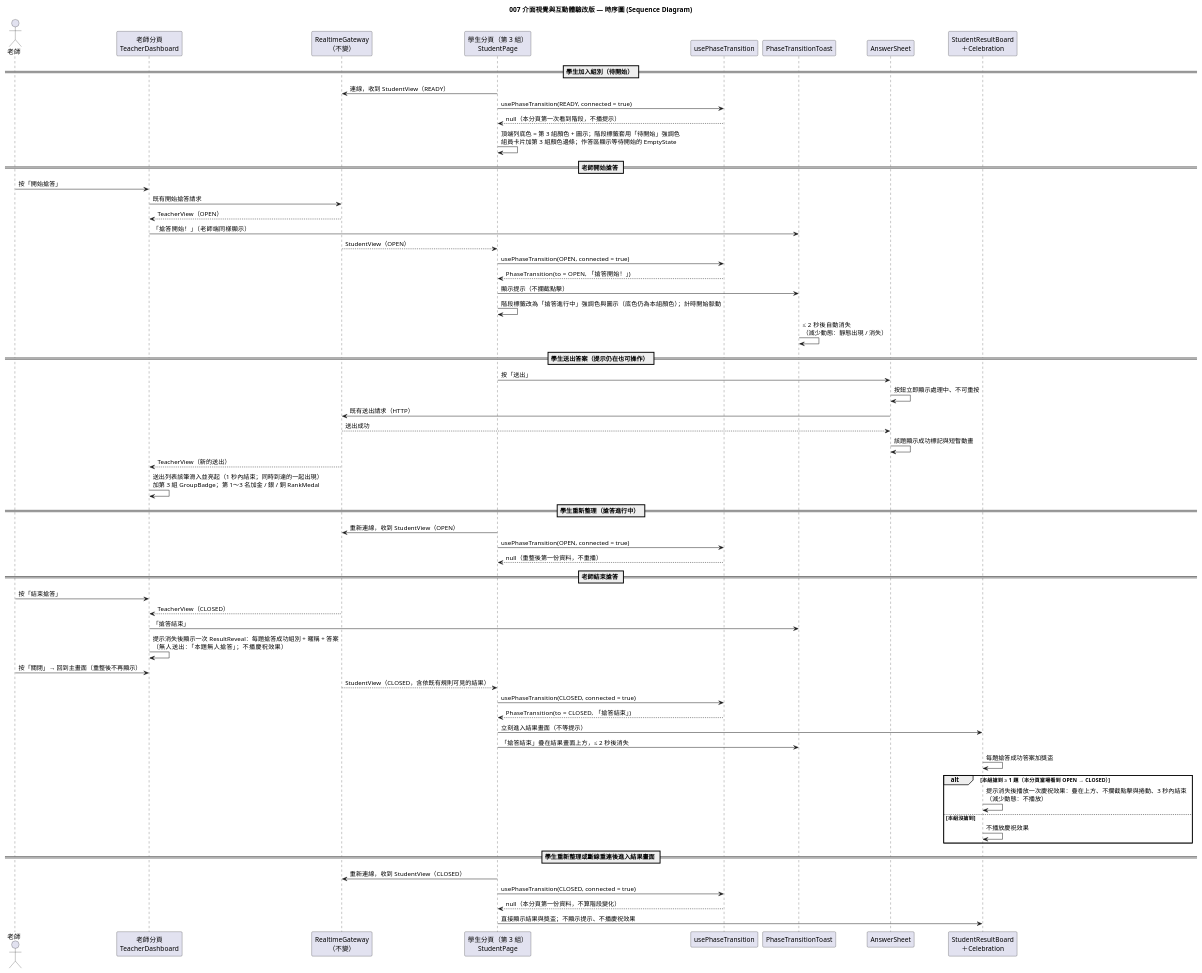
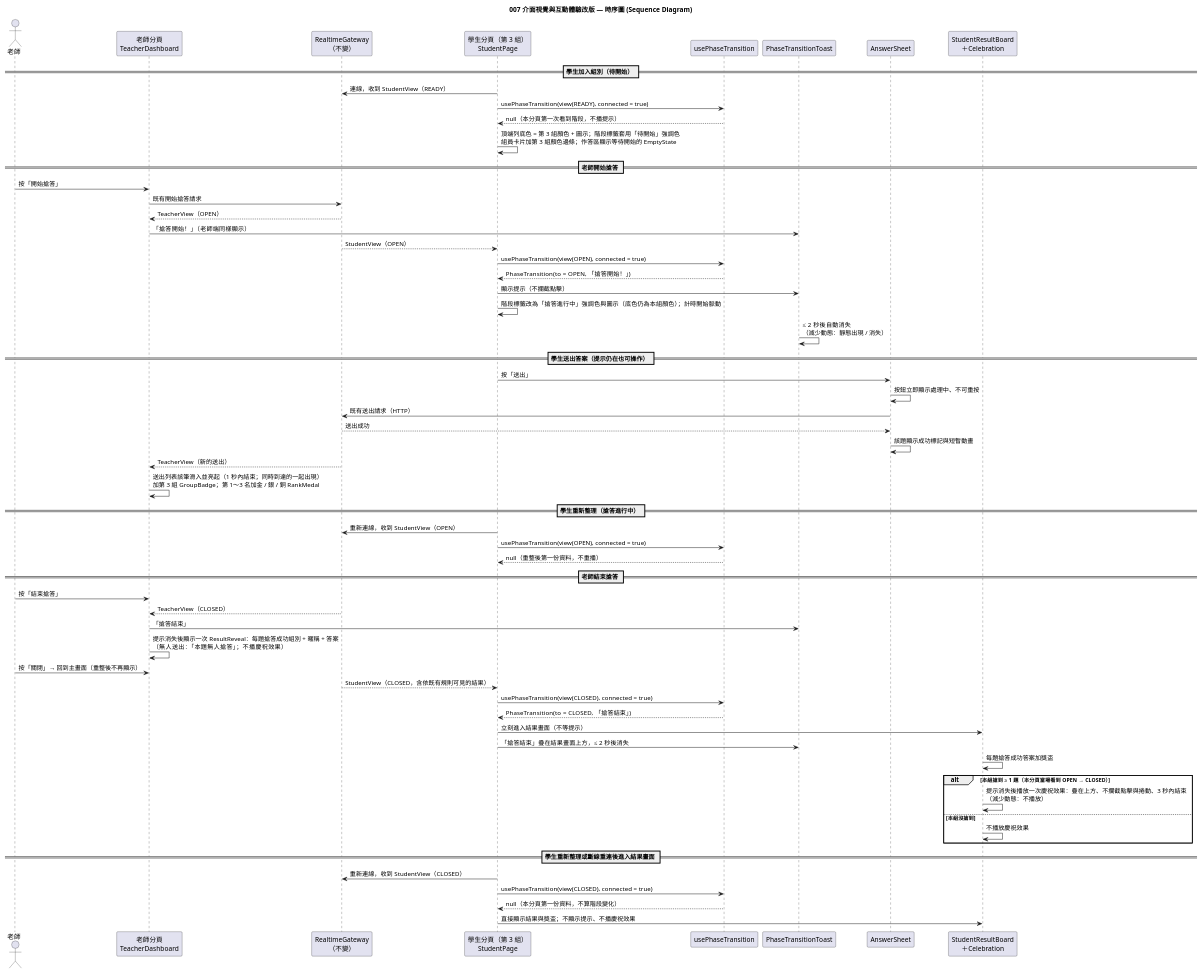
Before and after one commit to kevin20694569/classroom_response_system: the diagram in diagrams/007-ui-ux-refresh-sequence.puml, drawn with PlantUML. The commit also changed 30 other files, not shown here.

```diff
--- a/diagrams/007-ui-ux-refresh-sequence.puml
+++ b/diagrams/007-ui-ux-refresh-sequence.puml
@@ -1,70 +1,70 @@
 @startuml 007-ui-ux-refresh-sequence
 ' 子功能 007：介面視覺與互動體驗改版 — 時序圖（伺服器推播與 001～006 相同，只有前端呈現改變）
 skinparam defaultFontName "PingFang TC"
 title 007 介面視覺與互動體驗改版 — 時序圖 (Sequence Diagram)
 
 actor "老師" as T
 participant "老師分頁\nTeacherDashboard" as TD
 participant "RealtimeGateway\n（不變）" as RT
 participant "學生分頁（第 3 組）\nStudentPage" as SP
 participant "usePhaseTransition" as PH
 participant "PhaseTransitionToast" as Toast
 participant "AnswerSheet" as AS
 participant "StudentResultBoard\n＋Celebration" as RB
 
 == 學生加入組別（待開始） ==
 SP -> RT : 連線，收到 StudentView（READY）
-SP -> PH : usePhaseTransition(READY, connected = true)
+SP -> PH : usePhaseTransition(view(READY), connected = true)
 PH --> SP : null（本分頁第一次看到階段，不播提示）
 SP -> SP : 頂端列底色 = 第 3 組顏色 + 圖示；階段標籤套用「待開始」強調色\n組員卡片加第 3 組顏色邊條；作答區顯示等待開始的 EmptyState
 
 == 老師開始搶答 ==
 T -> TD : 按「開始搶答」
 TD -> RT : 既有開始搶答請求
 RT --> TD : TeacherView（OPEN）
 TD -> Toast : 「搶答開始！」（老師端同樣顯示）
 RT --> SP : StudentView（OPEN）
-SP -> PH : usePhaseTransition(OPEN, connected = true)
+SP -> PH : usePhaseTransition(view(OPEN), connected = true)
 PH --> SP : PhaseTransition(to = OPEN, 「搶答開始！」)
 SP -> Toast : 顯示提示（不攔截點擊）
 SP -> SP : 階段標籤改為「搶答進行中」強調色與圖示（底色仍為本組顏色）；計時開始脈動
 Toast -> Toast : ≤ 2 秒後自動消失\n（減少動態：靜態出現 / 消失）
 
 == 學生送出答案（提示仍在也可操作） ==
 SP -> AS : 按「送出」
 AS -> AS : 按鈕立即顯示處理中、不可重按
 AS -> RT : 既有送出請求（HTTP）
 RT --> AS : 送出成功
 AS -> AS : 該題顯示成功標記與短暫動畫
 RT --> TD : TeacherView（新的送出）
 TD -> TD : 送出列表該筆滑入並亮起（1 秒內結束；同時到達的一起出現）\n加第 3 組 GroupBadge；第 1～3 名加金 / 銀 / 銅 RankMedal
 
 == 學生重新整理（搶答進行中） ==
 SP -> RT : 重新連線，收到 StudentView（OPEN）
-SP -> PH : usePhaseTransition(OPEN, connected = true)
+SP -> PH : usePhaseTransition(view(OPEN), connected = true)
 PH --> SP : null（重整後第一份資料，不重播）
 
 == 老師結束搶答 ==
 T -> TD : 按「結束搶答」
 RT --> TD : TeacherView（CLOSED）
 TD -> Toast : 「搶答結束」
 TD -> TD : 提示消失後顯示一次 ResultReveal：每題搶答成功組別 + 暱稱 + 答案\n（無人送出：「本題無人搶答」；不播慶祝效果）
 T -> TD : 按「關閉」→ 回到主畫面（重整後不再顯示）
 RT --> SP : StudentView（CLOSED，含依既有規則可見的結果）
-SP -> PH : usePhaseTransition(CLOSED, connected = true)
+SP -> PH : usePhaseTransition(view(CLOSED), connected = true)
 PH --> SP : PhaseTransition(to = CLOSED, 「搶答結束」)
 SP -> RB : 立刻進入結果畫面（不等提示）
 SP -> Toast : 「搶答結束」疊在結果畫面上方，≤ 2 秒後消失
 RB -> RB : 每題搶答成功答案加獎盃
 alt 本組搶到 ≥ 1 題（本分頁當場看到 OPEN → CLOSED）
   RB -> RB : 提示消失後播放一次慶祝效果：疊在上方、不攔截點擊與捲動、3 秒內結束\n（減少動態：不播放）
 else 本組沒搶到
   RB -> RB : 不播放慶祝效果
 end
 
 == 學生重新整理或斷線重連後進入結果畫面 ==
 SP -> RT : 重新連線，收到 StudentView（CLOSED）
-SP -> PH : usePhaseTransition(CLOSED, connected = true)
+SP -> PH : usePhaseTransition(view(CLOSED), connected = true)
 PH --> SP : null（本分頁第一份資料，不算階段變化）
 SP -> RB : 直接顯示結果與獎盃；不顯示提示、不播慶祝效果
 @enduml
```
